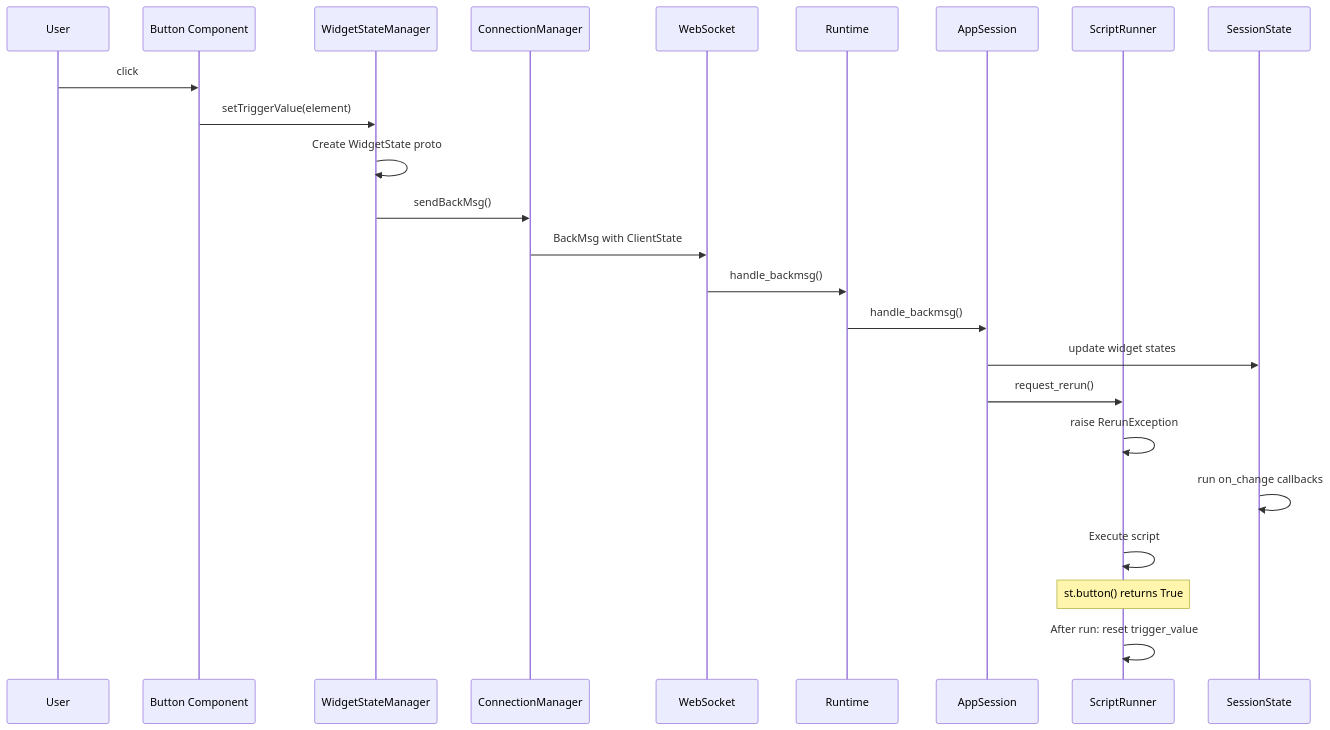
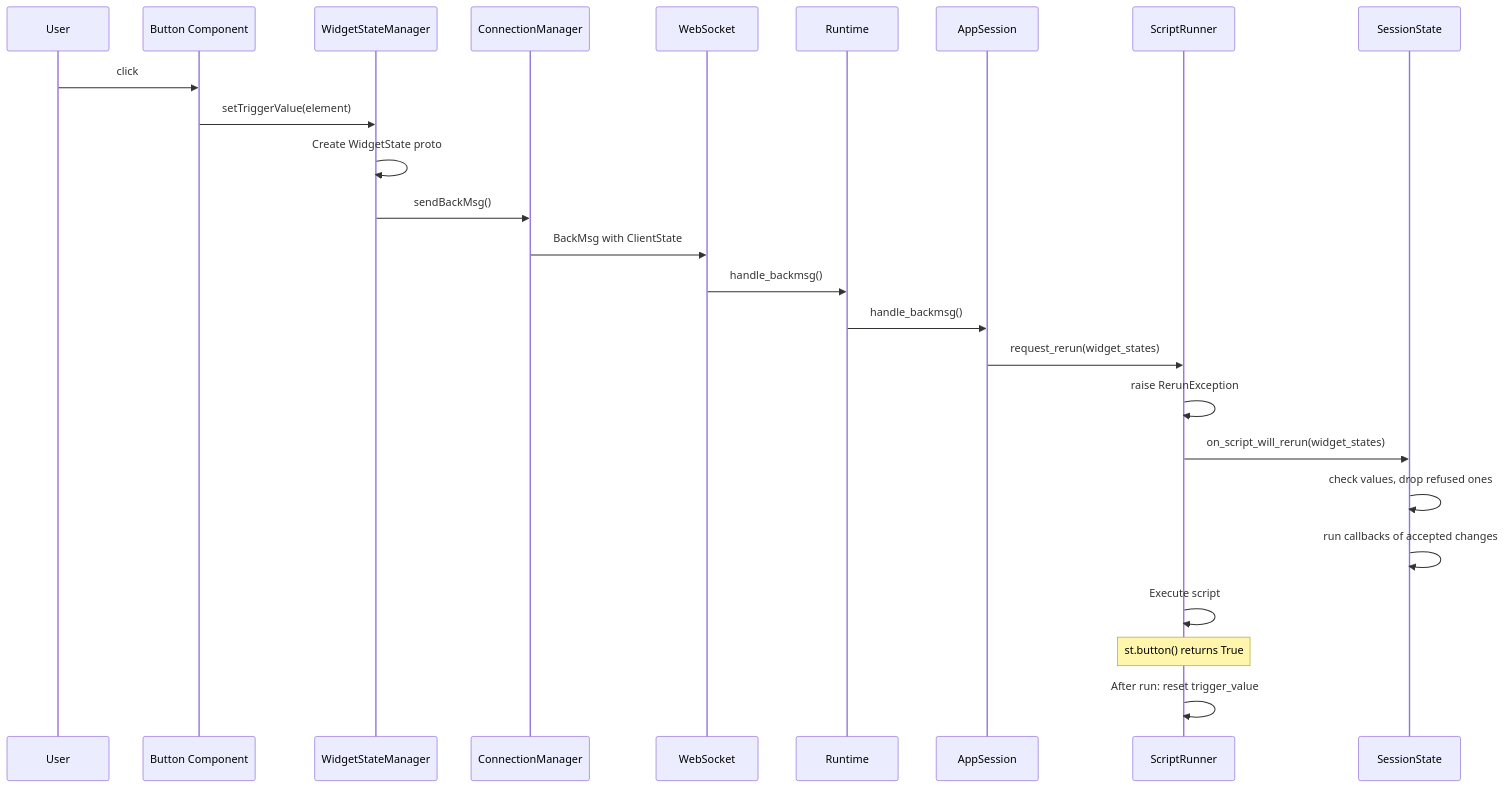
The second of 2 diagrams in .claude/skills/understanding-streamlit-architecture/references/communication.md (streamlit/streamlit), drawn with Mermaid before and after one commit. The commit also changed 3 other files, not shown here.

First line of the commit message:
Describe the widget value check in internal docs

````diff
--- a/.claude/skills/understanding-streamlit-architecture/references/communication.md
+++ b/.claude/skills/understanding-streamlit-architecture/references/communication.md
@@ -180,27 +180,28 @@
 ```mermaid
 sequenceDiagram
     participant User
     participant Button as Button Component
     participant WSM as WidgetStateManager
     participant Conn as ConnectionManager
     participant WS as WebSocket
     participant RT as Runtime
     participant Session as AppSession
     participant Runner as ScriptRunner
     participant State as SessionState
 
     User->>Button: click
     Button->>WSM: setTriggerValue(element)
     WSM->>WSM: Create WidgetState proto
     WSM->>Conn: sendBackMsg()
     Conn->>WS: BackMsg with ClientState
     WS->>RT: handle_backmsg()
     RT->>Session: handle_backmsg()
-    Session->>State: update widget states
-    Session->>Runner: request_rerun()
+    Session->>Runner: request_rerun(widget_states)
     Runner->>Runner: raise RerunException
-    State->>State: run on_change callbacks
+    Runner->>State: on_script_will_rerun(widget_states)
+    State->>State: check values, drop refused ones
+    State->>State: run callbacks of accepted changes
     Runner->>Runner: Execute script
     Note over Runner: st.button() returns True
     Runner->>Runner: After run: reset trigger_value
 ```
````
